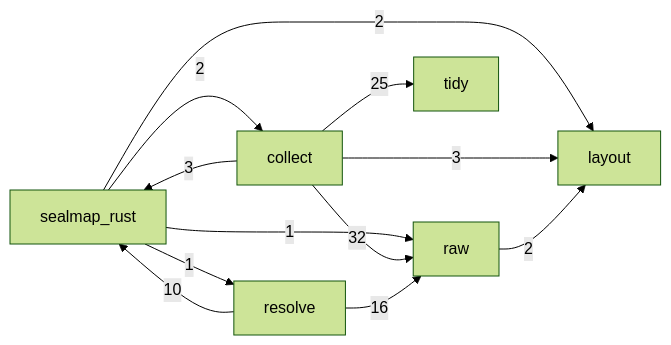
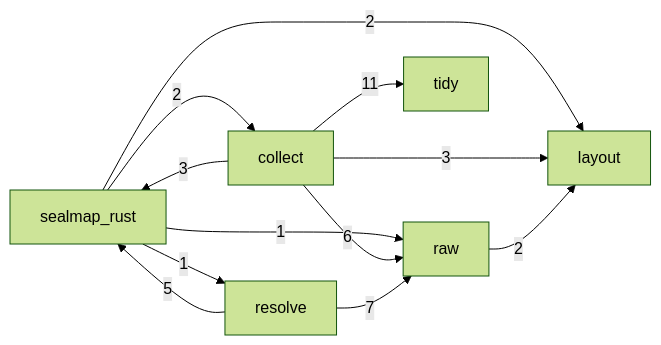
The sixth of 12 diagrams in docs/sealmap/_overview.md (DreamLab-AI/codemaid), drawn with Mermaid (forest theme) before and after one commit. The commit also changed other lines of this file and 37 other files, not shown here.

First line of the commit message:
frontend: extract sealmap-frontend from sealmap-rust

````diff
--- a/docs/sealmap/_overview.md
+++ b/docs/sealmap/_overview.md
@@ -138,20 +168,20 @@
 ```mermaid
 flowchart LR
   sealmap_rust["sealmap_rust"]
   sealmap_rust__collect["collect"]
   sealmap_rust__layout["layout"]
   sealmap_rust__raw["raw"]
   sealmap_rust__resolve["resolve"]
   sealmap_rust__tidy["tidy"]
   sealmap_rust -->|"2"| sealmap_rust__collect
   sealmap_rust -->|"2"| sealmap_rust__layout
   sealmap_rust -->|"1"| sealmap_rust__raw
   sealmap_rust -->|"1"| sealmap_rust__resolve
   sealmap_rust__collect -->|"3"| sealmap_rust
   sealmap_rust__collect -->|"3"| sealmap_rust__layout
-  sealmap_rust__collect -->|"32"| sealmap_rust__raw
-  sealmap_rust__collect -->|"25"| sealmap_rust__tidy
+  sealmap_rust__collect -->|"6"| sealmap_rust__raw
+  sealmap_rust__collect -->|"11"| sealmap_rust__tidy
   sealmap_rust__raw -->|"2"| sealmap_rust__layout
-  sealmap_rust__resolve -->|"10"| sealmap_rust
-  sealmap_rust__resolve -->|"16"| sealmap_rust__raw
+  sealmap_rust__resolve -->|"5"| sealmap_rust
+  sealmap_rust__resolve -->|"7"| sealmap_rust__raw
 ```
````
